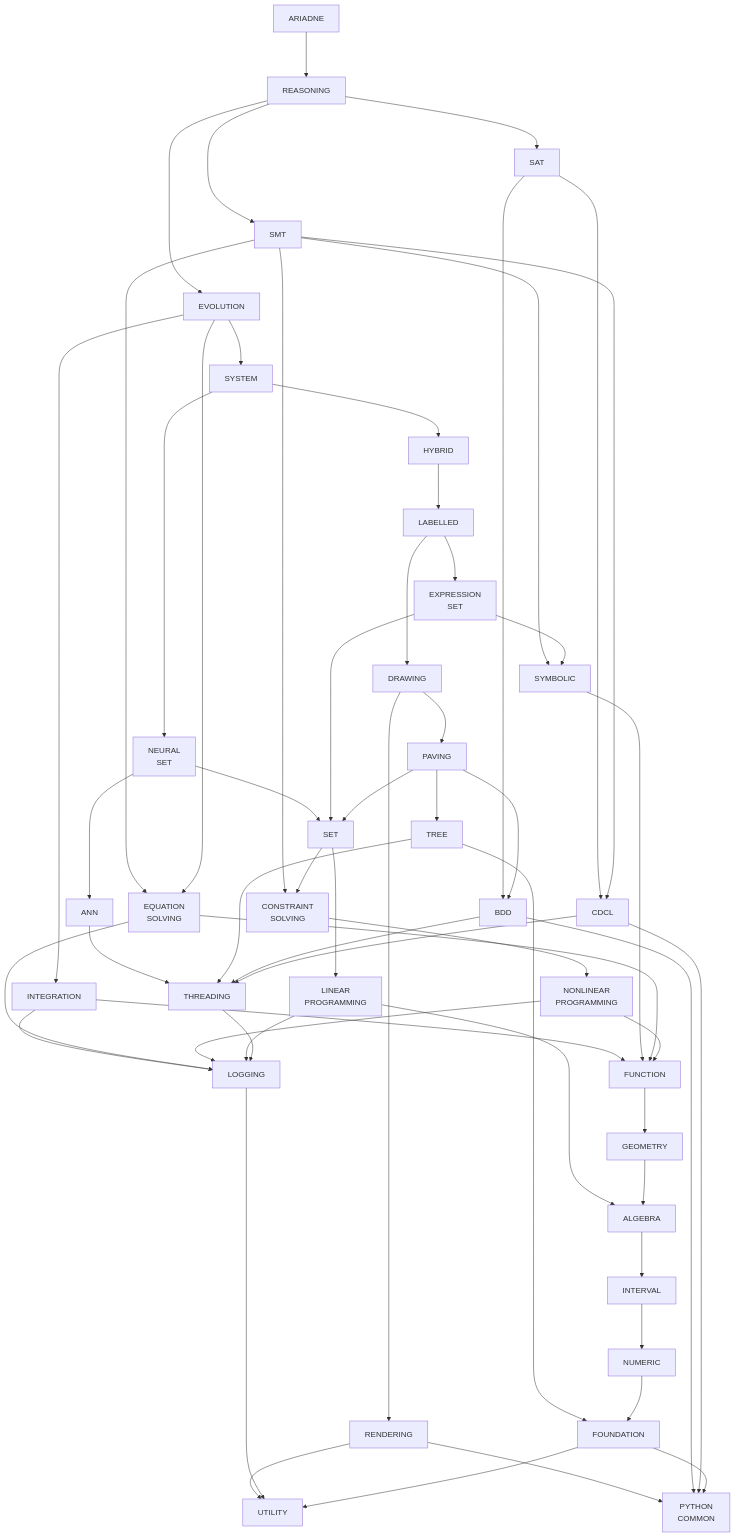
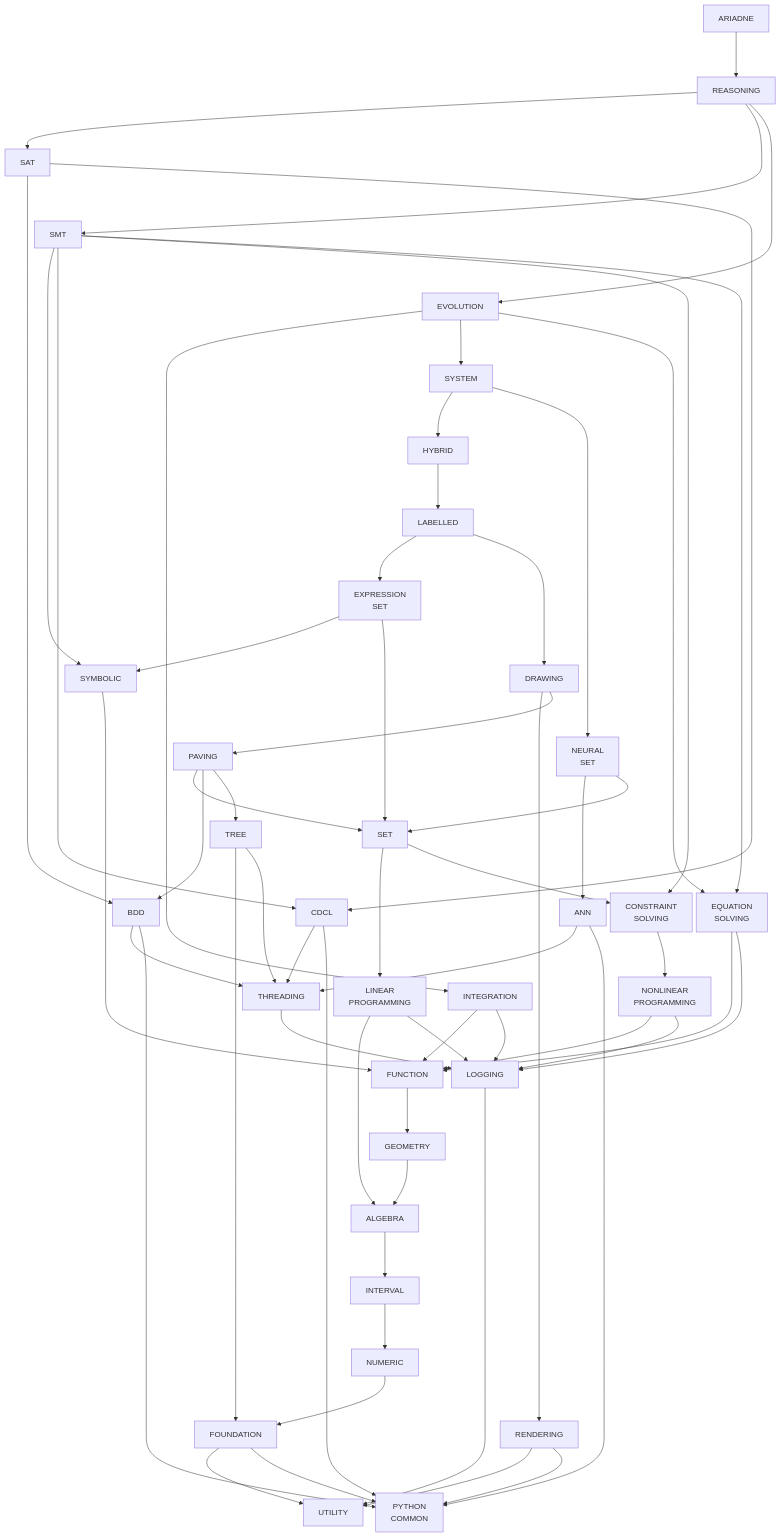
One commit to ariadne-cps/ariadne changed the diagram in doc/structure.md. Above: the diagram before and after it, drawn with Mermaid. The commit also changed other lines of this file, not shown here.

Commit message:
Document ann dependency on python-common

```diff
--- a/doc/structure.md
+++ b/doc/structure.md
@@ -63,6 +63,7 @@
     neural_set --> ann
     neural_set --> set
     ann --> threading
+    ann --> python_common
 
     evolution --> integration
     evolution --> system
```
